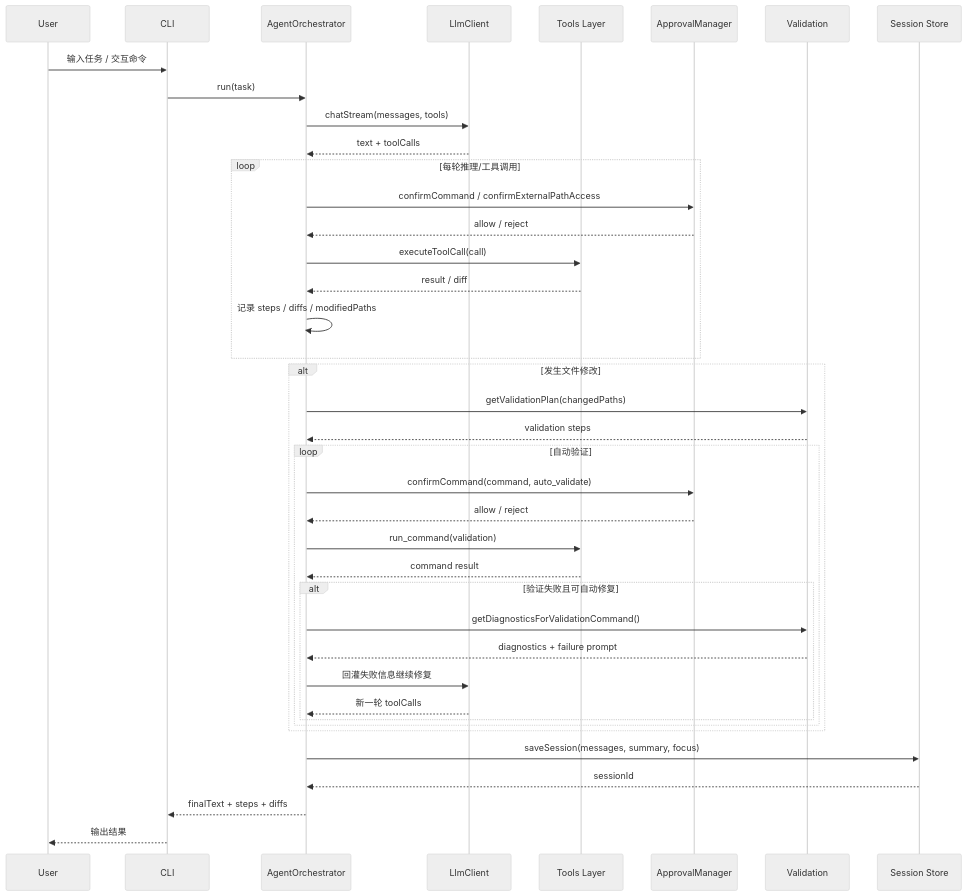
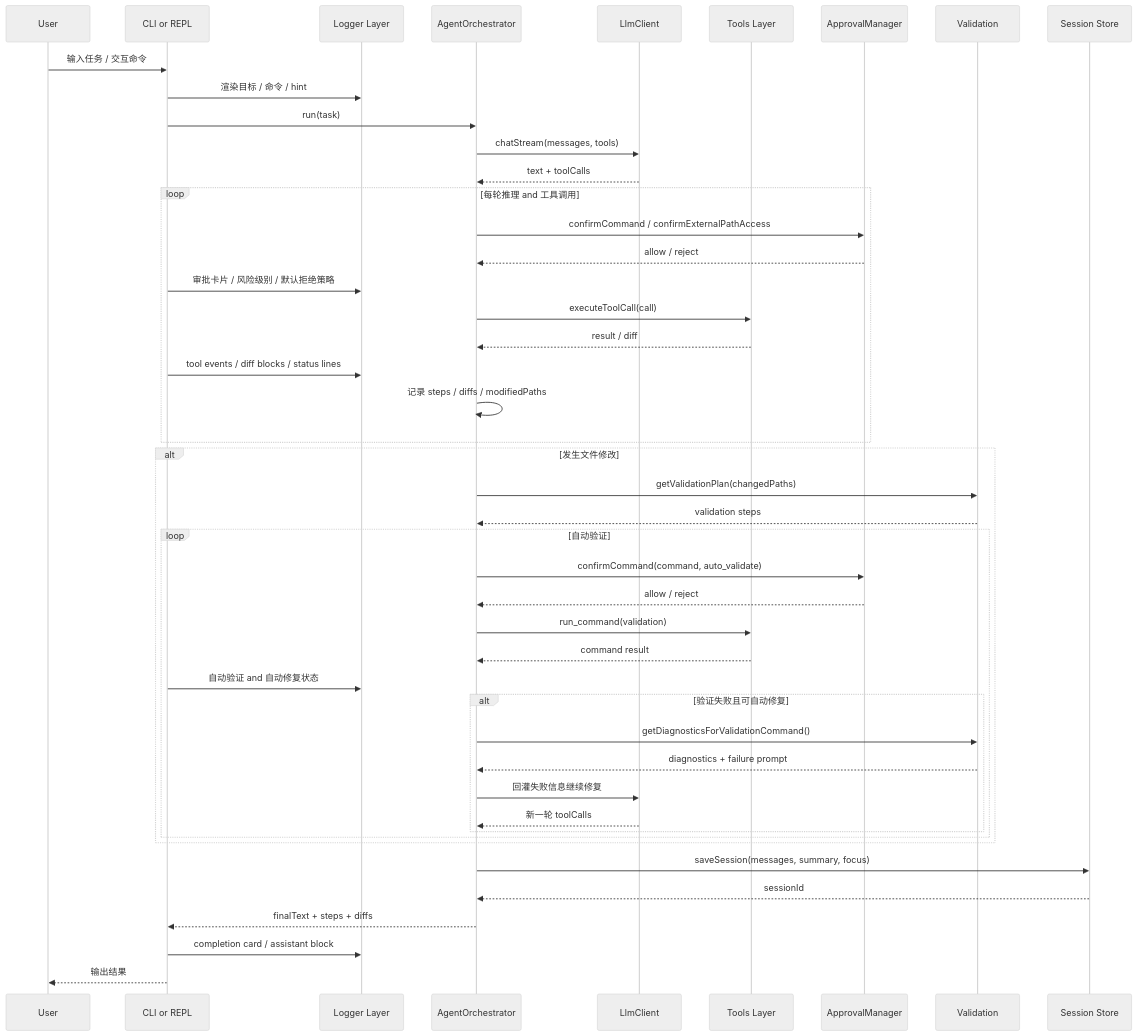
The fourth of 7 diagrams in README.md (Tches-git/Mini-Code-Agent), drawn with Mermaid (neutral theme) before and after one commit. The commit also changed other lines of this file and 23 other files, not shown here.

````diff
--- a/README.md
+++ b/README.md
@@ -96,46 +144,52 @@
 ```mermaid
 sequenceDiagram
     participant User as User
-    participant CLI as CLI
+    participant CLI as CLI or REPL
+    participant Render as Logger Layer
     participant Orch as AgentOrchestrator
     participant LLM as LlmClient
     participant Tools as Tools Layer
     participant Approval as ApprovalManager
     participant Validate as Validation
     participant Session as Session Store
 
     User->>CLI: 输入任务 / 交互命令
+    CLI->>Render: 渲染目标 / 命令 / hint
     CLI->>Orch: run(task)
     Orch->>LLM: chatStream(messages, tools)
     LLM-->>Orch: text + toolCalls
 
-    loop 每轮推理/工具调用
+    loop 每轮推理 and 工具调用
         Orch->>Approval: confirmCommand / confirmExternalPathAccess
         Approval-->>Orch: allow / reject
+        CLI->>Render: 审批卡片 / 风险级别 / 默认拒绝策略
         Orch->>Tools: executeToolCall(call)
         Tools-->>Orch: result / diff
+        CLI->>Render: tool events / diff blocks / status lines
         Orch->>Orch: 记录 steps / diffs / modifiedPaths
     end
 
     alt 发生文件修改
         Orch->>Validate: getValidationPlan(changedPaths)
         Validate-->>Orch: validation steps
         loop 自动验证
             Orch->>Approval: confirmCommand(command, auto_validate)
             Approval-->>Orch: allow / reject
             Orch->>Tools: run_command(validation)
             Tools-->>Orch: command result
+            CLI->>Render: 自动验证 and 自动修复状态
             alt 验证失败且可自动修复
                 Orch->>Validate: getDiagnosticsForValidationCommand()
                 Validate-->>Orch: diagnostics + failure prompt
                 Orch->>LLM: 回灌失败信息继续修复
                 LLM-->>Orch: 新一轮 toolCalls
             end
         end
     end
 
     Orch->>Session: saveSession(messages, summary, focus)
     Session-->>Orch: sessionId
     Orch-->>CLI: finalText + steps + diffs
+    CLI->>Render: completion card / assistant block
     CLI-->>User: 输出结果
 ```
````
